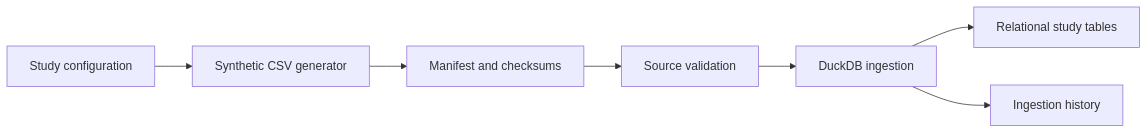
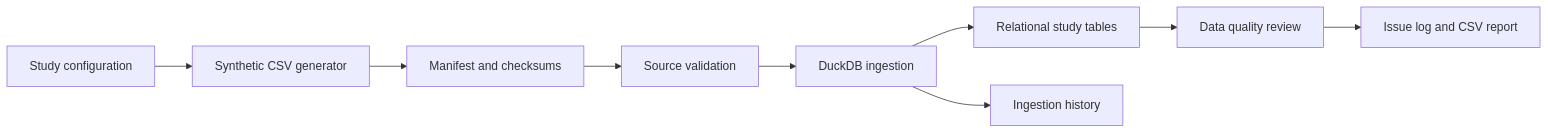
One commit to sakthi-kr/clinical-trial-data-platform changed the diagram in README.md. Above: the diagram before and after it, drawn with Mermaid. The commit also changed other lines of this file and 8 other files, not shown here.

Commit message:
Add clinical study data quality review

````diff
--- a/README.md
+++ b/README.md
@@ -19,9 +21,11 @@
 ```mermaid
 flowchart LR
     A[Study configuration] --> B[Synthetic CSV generator]
     B --> C[Manifest and checksums]
     C --> D[Source validation]
     D --> E[DuckDB ingestion]
     E --> F[Relational study tables]
     E --> G[Ingestion history]
+    F --> H[Data quality review]
+    H --> I[Issue log and CSV report]
 ```
````
